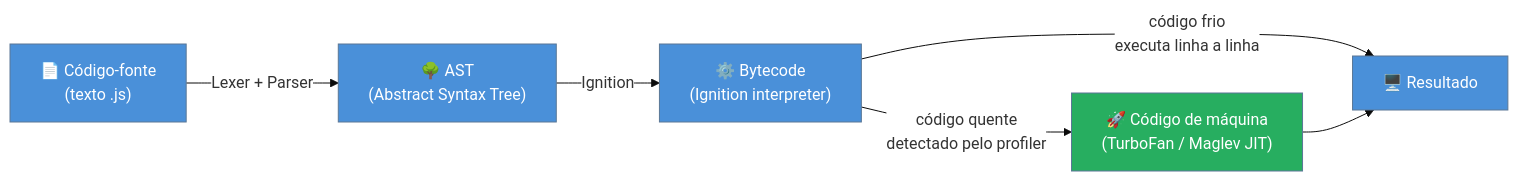
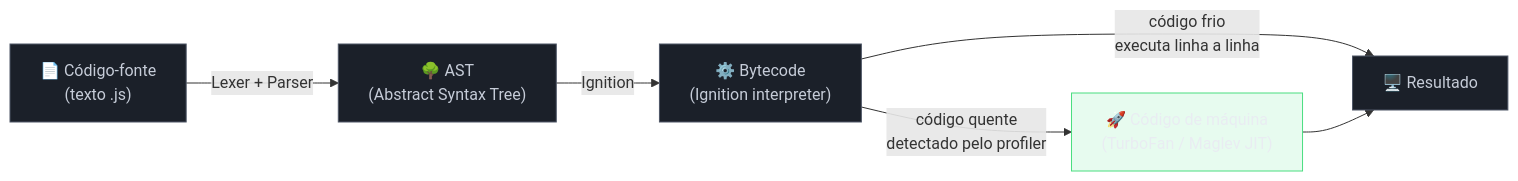
The diagram in 03-Dominios/Tecnologia/JavaScript/01 - O que é JavaScript.md (josenaldo/codex-technomanticus), drawn with Mermaid before and after one commit. The commit also changed 1181 other files, not shown here.

First line of the commit message:
fix(diagramas): paleta do sistema no lugar de cor cravada no markdown

````diff
--- a/03-Dominios/Tecnologia/JavaScript/01 - O que é JavaScript.md
+++ b/03-Dominios/Tecnologia/JavaScript/01 - O que é JavaScript.md
@@ -82,15 +82,16 @@
 ```mermaid
-%%{init: {"theme": "base", "themeVariables": {"primaryColor": "#4A90D9", "edgeLabelBackground": "#ffffff"}}}%%
 flowchart LR
+    classDef neutro fill:#1B2029,stroke:#4E5666,color:#C6CCD8
+    classDef ok fill:#4ADE8021,stroke:#4ADE80,color:#E9ECF2
     A["📄 Código-fonte\n(texto .js)"] -->|"Lexer + Parser"| B["🌳 AST\n(Abstract Syntax Tree)"]
     B -->|"Ignition"| C["⚙️ Bytecode\n(Ignition interpreter)"]
     C -->|"código frio\nexecuta linha a linha"| E["🖥️ Resultado"]
     C -->|"código quente\ndetectado pelo profiler"| D["🚀 Código de máquina\n(TurboFan / Maglev JIT)"]
     D --> E
 
-    style A fill:#4A90D9,color:#fff
-    style B fill:#4A90D9,color:#fff
-    style C fill:#4A90D9,color:#fff
-    style D fill:#27AE60,color:#fff
-    style E fill:#4A90D9,color:#fff
+    class A neutro
+    class B neutro
+    class C neutro
+    class D ok
+    class E neutro
 ```
````
